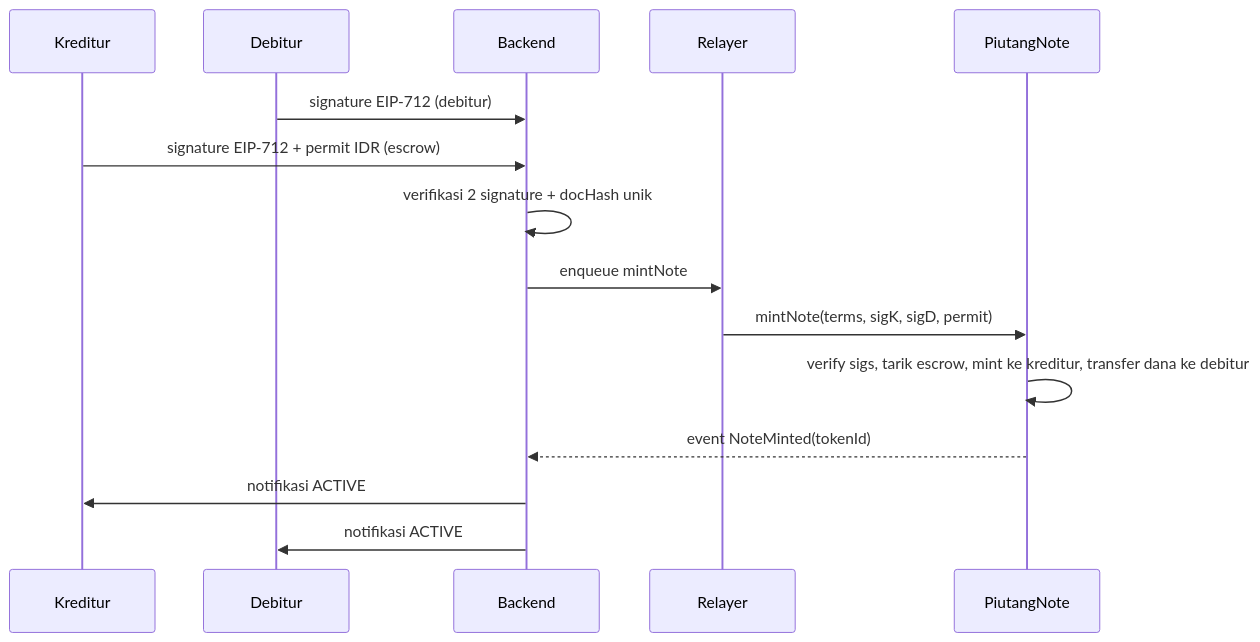
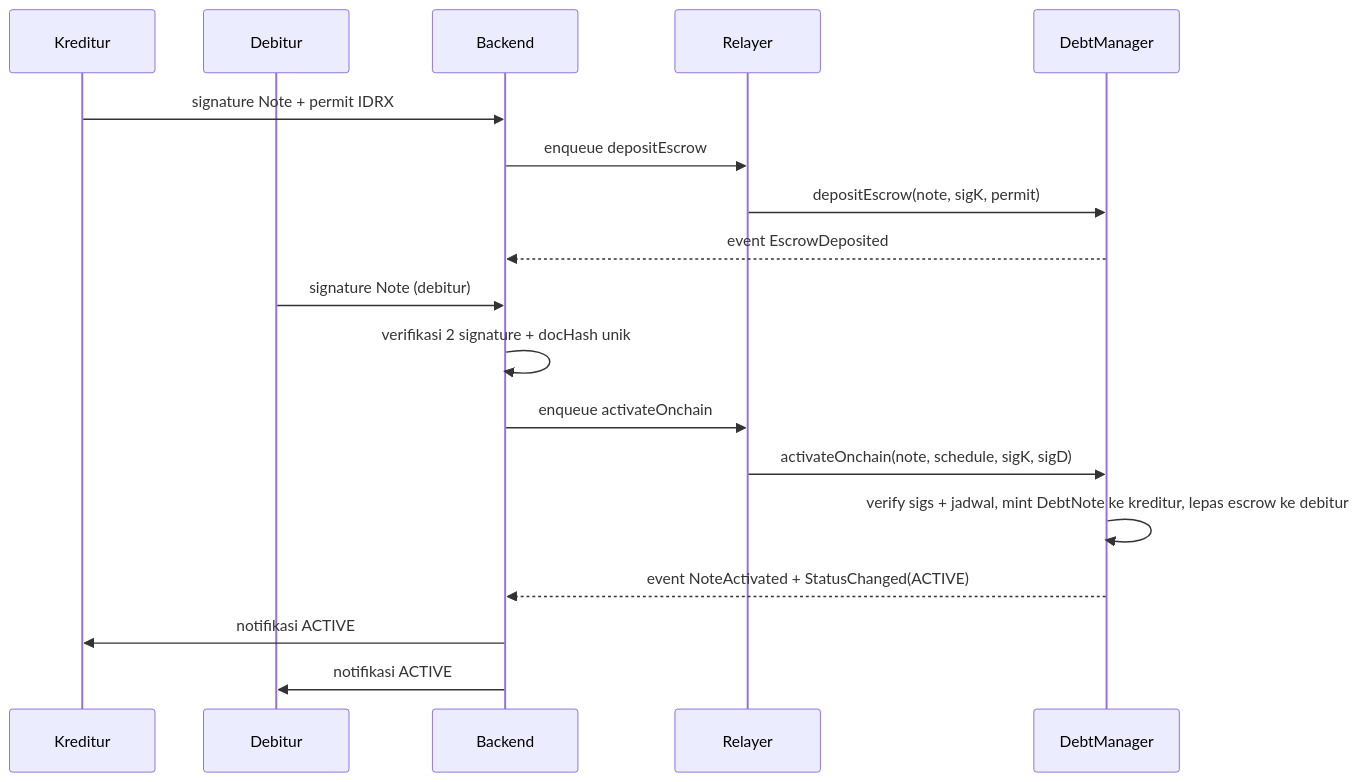
Before and after one commit to k41ts/collatera: the second of 2 diagrams in docs/06-ARCHITECTURE.md, drawn with Mermaid. The commit also changed other lines of this file and 11 other files, not shown here.

````diff
--- a/docs/06-ARCHITECTURE.md
+++ b/docs/06-ARCHITECTURE.md
@@ -37,17 +37,20 @@
 ```mermaid
 sequenceDiagram
     participant K as Kreditur
     participant D as Debitur
     participant API as Backend
     participant R as Relayer
-    participant C as PiutangNote
-    D->>API: signature EIP-712 (debitur)
-    K->>API: signature EIP-712 + permit IDR (escrow)
+    participant C as DebtManager
+    K->>API: signature Note + permit IDRX
+    API->>R: enqueue depositEscrow
+    R->>C: depositEscrow(note, sigK, permit)
+    C-->>API: event EscrowDeposited
+    D->>API: signature Note (debitur)
     API->>API: verifikasi 2 signature + docHash unik
-    API->>R: enqueue mintNote
-    R->>C: mintNote(terms, sigK, sigD, permit)
-    C->>C: verify sigs, tarik escrow, mint ke kreditur, transfer dana ke debitur
-    C-->>API: event NoteMinted(tokenId)
+    API->>R: enqueue activateOnchain
+    R->>C: activateOnchain(note, schedule, sigK, sigD)
+    C->>C: verify sigs + jadwal, mint DebtNote ke kreditur, lepas escrow ke debitur
+    C-->>API: event NoteActivated + StatusChanged(ACTIVE)
     API->>K: notifikasi ACTIVE
     API->>D: notifikasi ACTIVE
 ```
````
